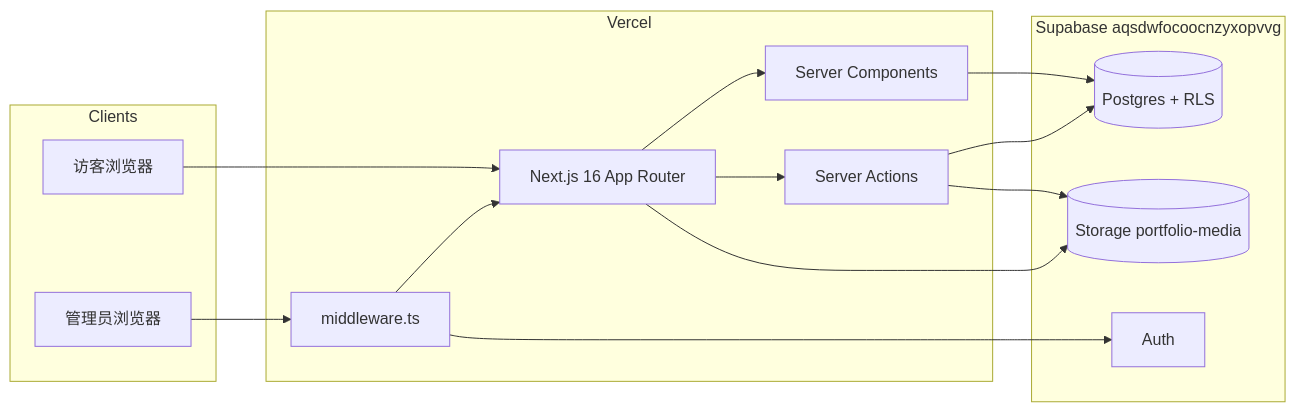
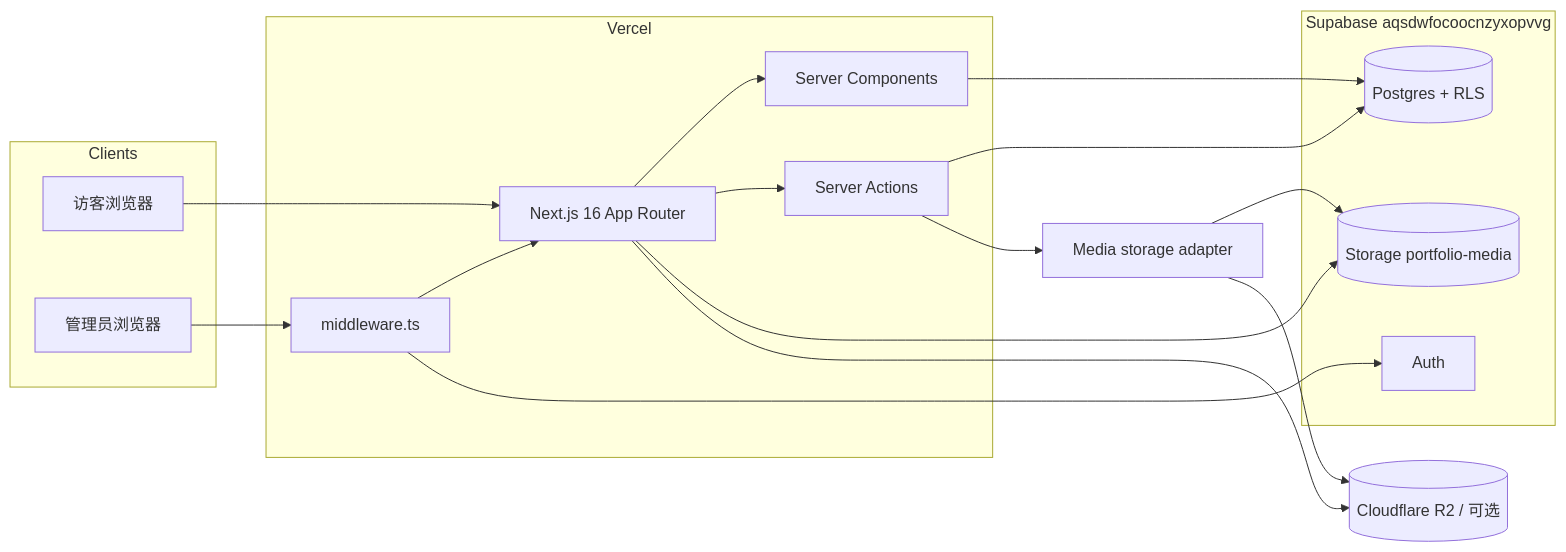
The diagram in docs/architecture.md (24205345/qianna-website), drawn with Mermaid before and after one commit. The commit also changed other lines of this file and 34 other files, not shown here.

Commit message:
feat(media): migrate storage to Cloudflare R2

````diff
--- a/docs/architecture.md
+++ b/docs/architecture.md
@@ -14,30 +14,36 @@
 ```mermaid
 flowchart LR
   subgraph clients [Clients]
     Visitor[访客浏览器]
     Admin[管理员浏览器]
   end
 
   subgraph vercel [Vercel]
     Next[Next.js 16 App Router]
     MW[middleware.ts]
     SA[Server Actions]
     RSC[Server Components]
   end
 
   subgraph supabase [Supabase aqsdwfocoocnzyxopvvg]
     PG[(Postgres + RLS)]
     Auth[Auth]
     Storage[(Storage portfolio-media)]
   end
 
+  R2[(Cloudflare R2 / 可选)]
+  Adapter[Media storage adapter]
+
   Visitor --> Next
   Admin --> MW --> Next
   Next --> RSC
   Next --> SA
   RSC --> PG
   SA --> PG
-  SA --> Storage
+  SA --> Adapter
+  Adapter --> Storage
+  Adapter --> R2
   MW --> Auth
   Next --> Storage
+  Next --> R2
 ```
````
